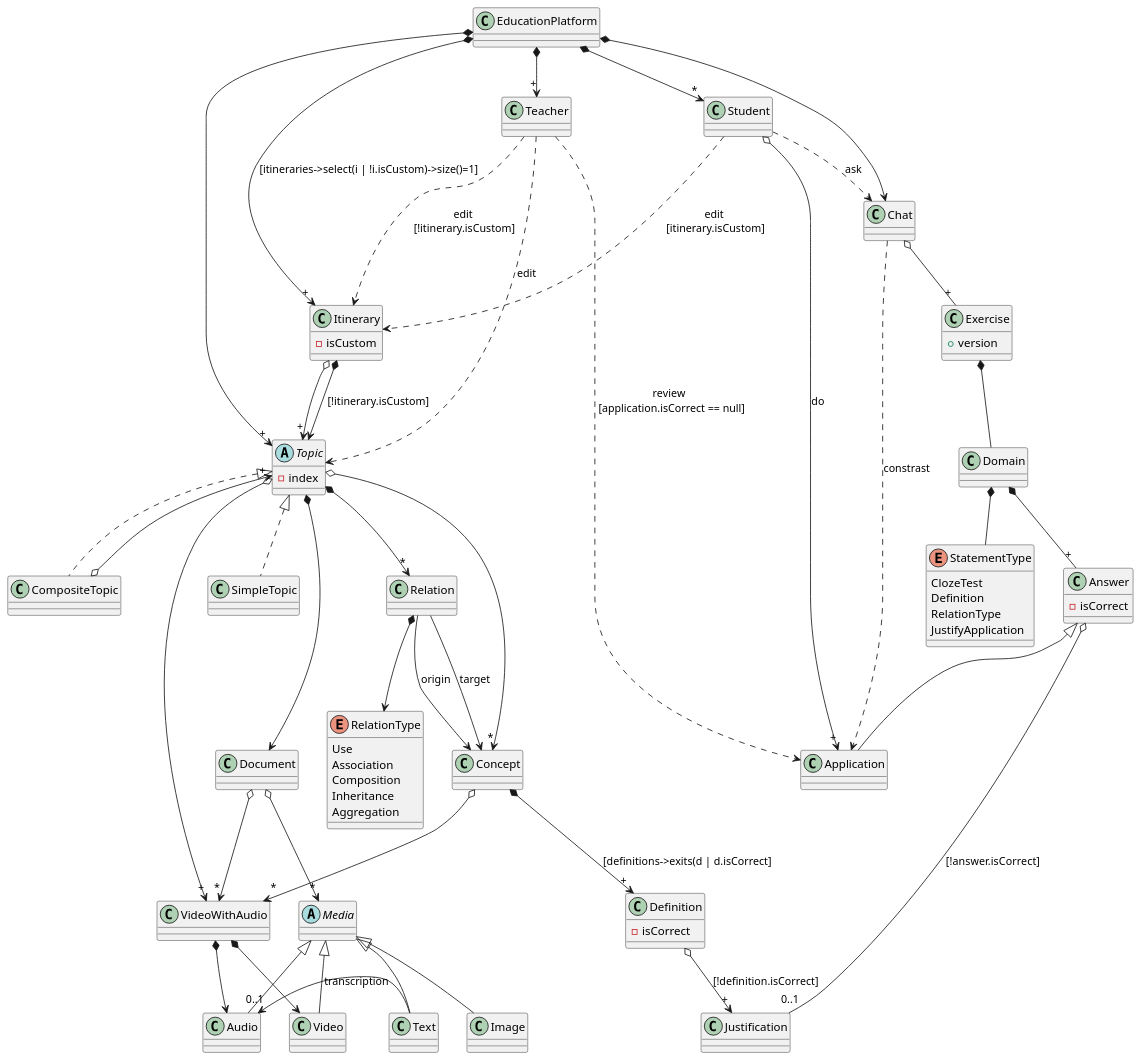
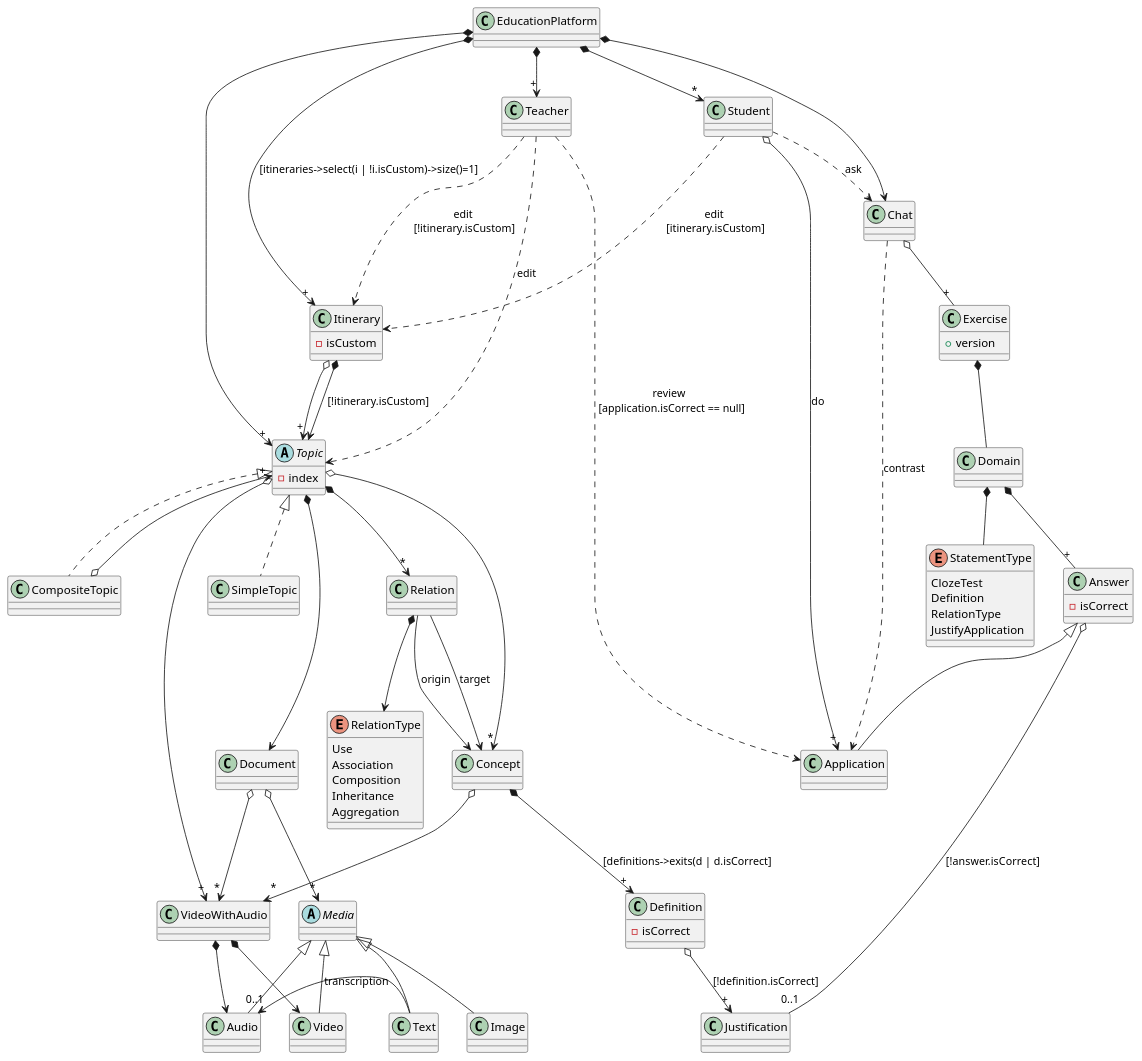
One commit to jumpering/lab-turing changed the diagram in Diagrams/EducationPlatform/DomainJuanpisPerspective.puml. Above: the diagram before and after it, drawn with PlantUML. The commit also changed 1 other file, not shown here.

```diff
--- a/Diagrams/EducationPlatform/DomainJuanpisPerspective.puml
+++ b/Diagrams/EducationPlatform/DomainJuanpisPerspective.puml
@@ -1,95 +1,95 @@
 @startuml
 
 class Itinerary {
     - isCustom
 }
 
 Itinerary o--> "+" Topic 
 Itinerary *--> Topic:[!itinerary.isCustom]
 '[!itinerary.isCustom.topics->size()=1 \nand topics->first().oclIsTypeOf(CompositeTopic)]
 
 EducationPlatform *--> "+" Teacher
 EducationPlatform *--> "*" Student
 EducationPlatform *--> "+" Topic
 EducationPlatform *--> "+" Itinerary: [itineraries->select(i | !i.isCustom)->size()=1]
 EducationPlatform *--> Chat
 
 class Exercise{
     + version
 }
 Exercise *-- Domain
 
 Domain *-- "+" Answer
 Domain *-- StatementType
 
 enum StatementType{
     ClozeTest
     Definition
     RelationType
     JustifyApplication
 }
 
 class Answer{
     - isCorrect
 }
 Answer o-- "0..1" Justification: [!answer.isCorrect]
 Answer <|-- Application
 
 Teacher ..> Application: review \n [application.isCorrect == null]
 Teacher ..> Topic: edit
 Teacher ...> Itinerary: edit \n[!itinerary.isCustom]
 
 Chat o-- "+" Exercise
-Chat ..> Application: constrast
+Chat ..> Application: contrast
 
 Student ...> Itinerary: edit \n[itinerary.isCustom]
 Student o--> "+" Application: do
 Student ..> Chat: ask
 
 abstract Topic{
     - index
 }
 Topic <|.. CompositeTopic
 Topic <|.. SimpleTopic
 Topic o--> "*" Concept
 Topic *--> Document
 Topic *--> "*" Relation
 Topic o--> "+" VideoWithAudio
 
 CompositeTopic o--> "+" Topic
 
 Concept *--> "+" Definition: [definitions->exits(d | d.isCorrect]
 Concept o--> "*" VideoWithAudio
 
 Relation --> Concept: origin
 Relation --> Concept: target
 Relation *--> RelationType
 
 enum RelationType {
     Use
     Association
     Composition
     Inheritance
     Aggregation
 } 
 
 class Definition {
     - isCorrect
 }
 Definition o-->"+" Justification: [!definition.isCorrect]
 
 Document o--> "*" VideoWithAudio
 Document o--> "*" Media
 
 VideoWithAudio *--> Audio
 VideoWithAudio *--> Video
 
 abstract Media {}
 Media <|-- Image
 Media <|-- Text
 Media <|-- Audio 
 Media <|-- Video
 
 Text -left-> "0..1" Audio: transcription
 
 @enduml
```
